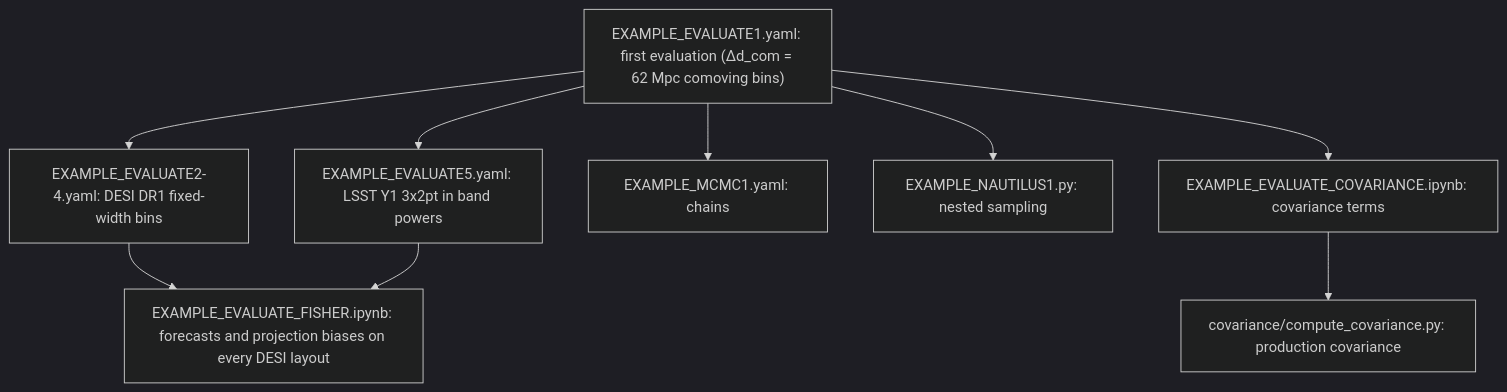
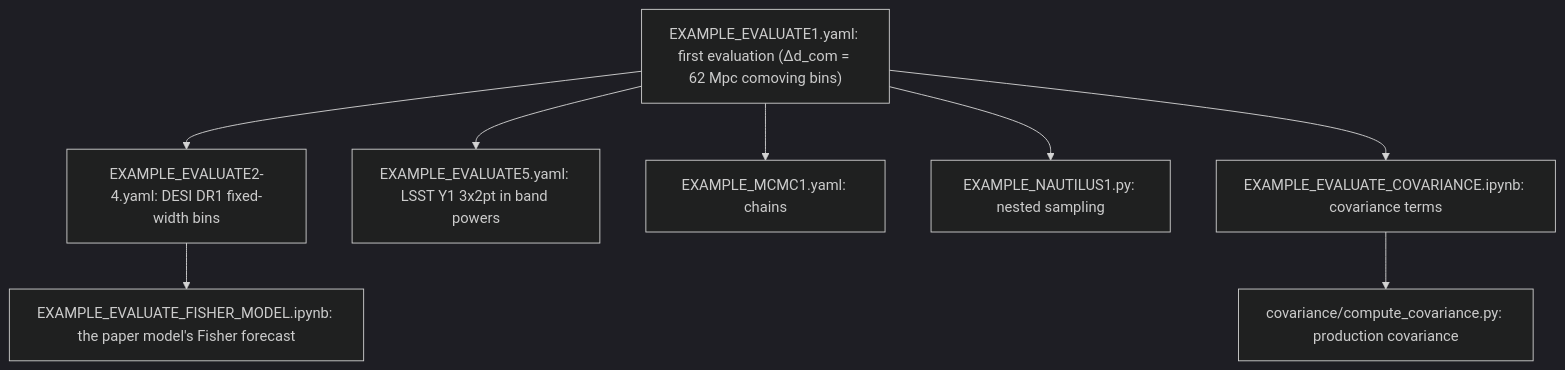
One commit to SBU-COSMOLIKE/lssty1xdesi changed the diagram in README.md. Above: the diagram before and after it, drawn with Mermaid (dark theme). The commit also changed other lines of this file and 1 other file, not shown here.

First line of the commit message:
README: the paper Fisher notebook, its caches and the MPI base script

````diff
--- a/README.md
+++ b/README.md
@@ -86,11 +68,10 @@
 ```mermaid
 flowchart TB
   A["EXAMPLE_EVALUATE1.yaml: first evaluation (Δd_com = 62 Mpc comoving bins)"] --> B["EXAMPLE_EVALUATE2-4.yaml: DESI DR1 fixed-width bins"]
   A --> C["EXAMPLE_EVALUATE5.yaml: LSST Y1 3x2pt in band powers"]
   A --> D["EXAMPLE_MCMC1.yaml: chains"]
   A --> E["EXAMPLE_NAUTILUS1.py: nested sampling"]
   A --> F["EXAMPLE_EVALUATE_COVARIANCE.ipynb: covariance terms"]
   F --> G["covariance/compute_covariance.py: production covariance"]
-  B --> H["EXAMPLE_EVALUATE_FISHER.ipynb: forecasts and projection biases on every DESI layout"]
-  C --> H
+  B --> H["EXAMPLE_EVALUATE_FISHER_MODEL.ipynb: the paper model's Fisher forecast"]
 ```
````
